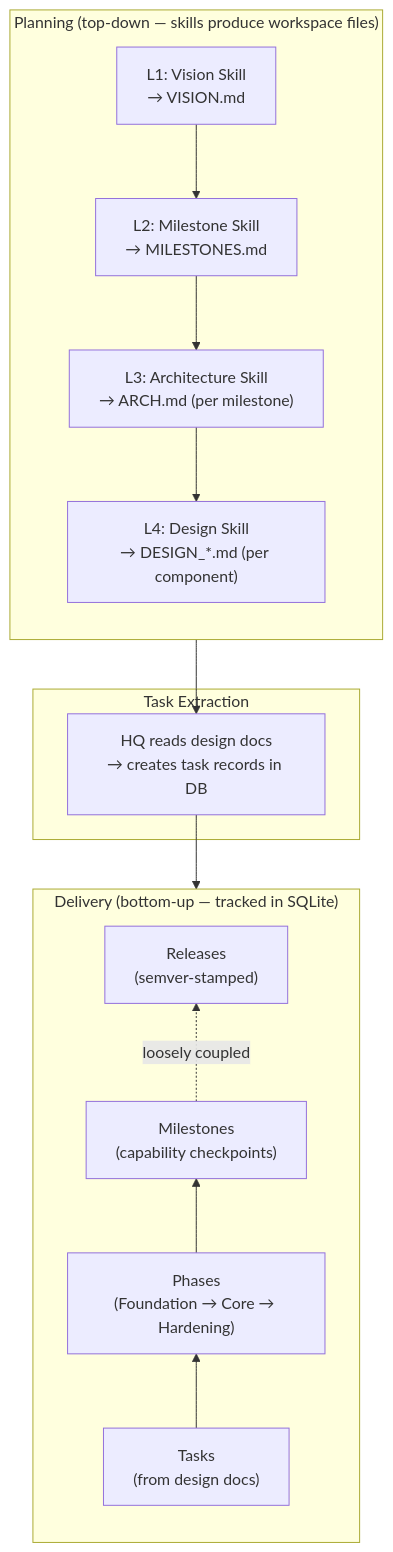
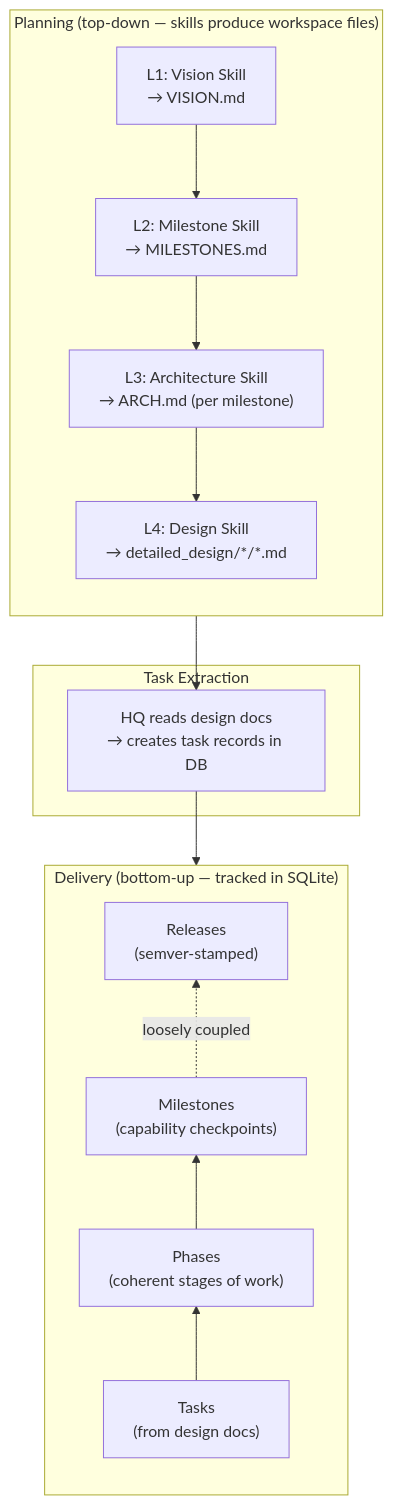
Before and after one commit to operator-auteng-ai/hq: the second of 5 diagrams in docs/ARCH.md, drawn with Mermaid. The commit also changed other lines of this file and 4 other files, not shown here.

First line of the commit message:
docs: add delivery schema detailed design, update TAXONOMY, refine methodology docs

````diff
--- a/docs/ARCH.md
+++ b/docs/ARCH.md
@@ -45,26 +45,26 @@
 ```mermaid
 graph TB
     subgraph Planning["Planning (top-down — skills produce workspace files)"]
         direction TB
         V["L1: Vision Skill<br/>→ VISION.md"]
         M["L2: Milestone Skill<br/>→ MILESTONES.md"]
         A["L3: Architecture Skill<br/>→ ARCH.md (per milestone)"]
-        D["L4: Design Skill<br/>→ DESIGN_*.md (per component)"]
+        D["L4: Design Skill<br/>→ detailed_design/*/*.md"]
         V --> M --> A --> D
     end
 
     subgraph Bridge["Task Extraction"]
         TE["HQ reads design docs<br/>→ creates task records in DB"]
     end
 
     subgraph Delivery["Delivery (bottom-up — tracked in SQLite)"]
         direction BT
         T["Tasks<br/>(from design docs)"]
-        P["Phases<br/>(Foundation → Core → Hardening)"]
+        P["Phases<br/>(coherent stages of work)"]
         MS["Milestones<br/>(capability checkpoints)"]
         R["Releases<br/>(semver-stamped)"]
         T --> P --> MS -.->|"loosely coupled"| R
     end
 
     D --> TE --> T
 ```
````
